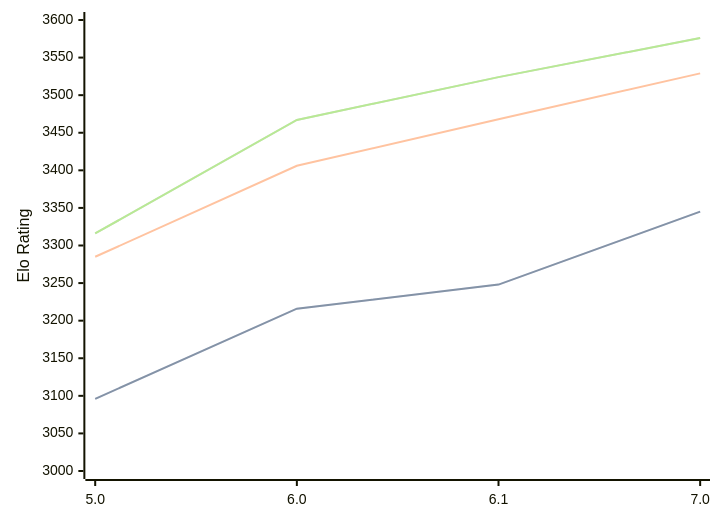
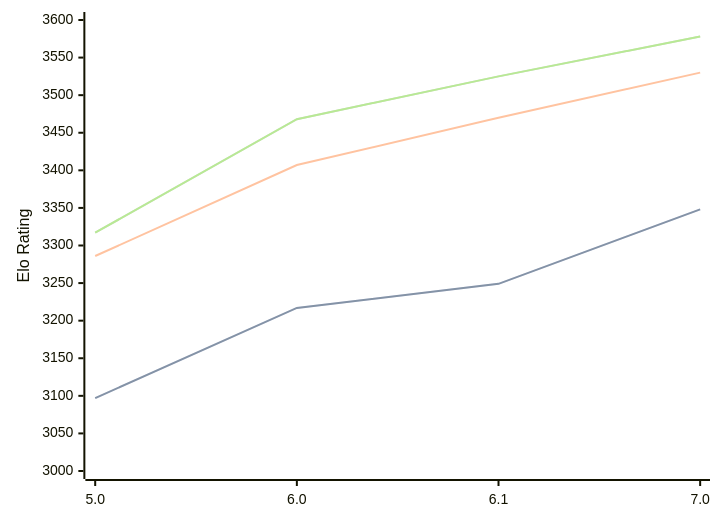
The diagram in engines/PZChessBot.md (computer-chess-index/cci), drawn with Mermaid before and after one commit. The commit also changed other lines of this file, not shown here.

Commit message:
Update CCI Ratings (ELO VLTC) - 2026-05-12

````diff
--- a/engines/PZChessBot.md
+++ b/engines/PZChessBot.md
@@ -43,11 +43,11 @@
 ```mermaid
 %%{init: {"theme":"base","themeVariables":{"seriesColors:['#a3a3a3','#222221','#faa371']}}}%%
 xychart-beta
   x-axis ["5.0", "6.0", "6.1", "7.0"]
   y-axis "Elo Rating" 3000 --> 3600
-  line "STC (8.0+0.08s)" [3096, 3216, 3248, 3345]
-  line "STC (8.0+0.08s)" [3096, 3216, 3248, 3345]
-  line "LTC (60.0+0.60s)" [3285, 3406, 3468, 3529]
-  line "VLTC (2m24s+1.12s)" [3316, 3467, 3524, 3576]
-  line "VLTC (2m24s+1.12s)" [3316, 3467, 3524, 3576]
+  line "STC (8.0+0.08s)" [3097, 3217, 3249, 3348]
+  line "STC (8.0+0.08s)" [3097, 3217, 3249, 3348]
+  line "LTC (60.0+0.60s)" [3286, 3407, 3470, 3530]
+  line "VLTC (2m24s+1.12s)" [3317, 3468, 3525, 3578]
+  line "VLTC (2m24s+1.12s)" [3317, 3468, 3525, 3578]
 ```
````
